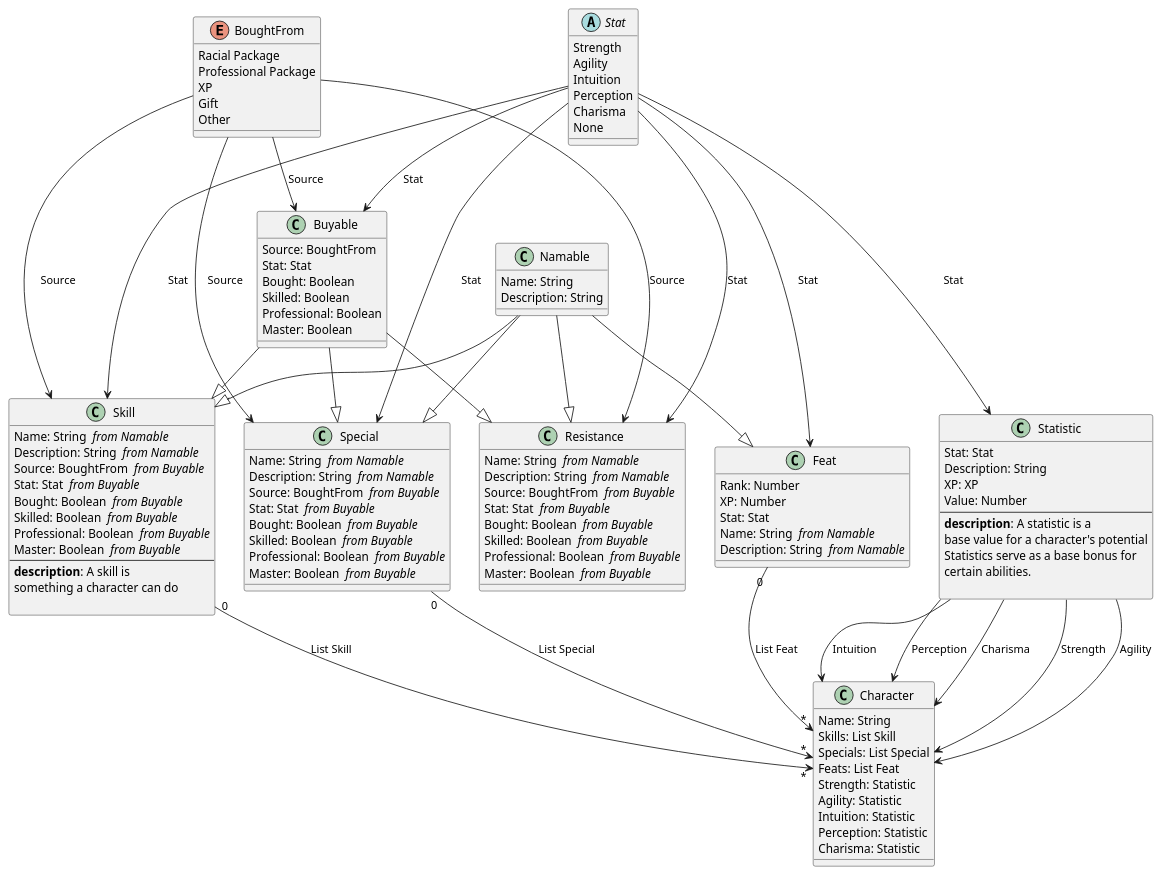
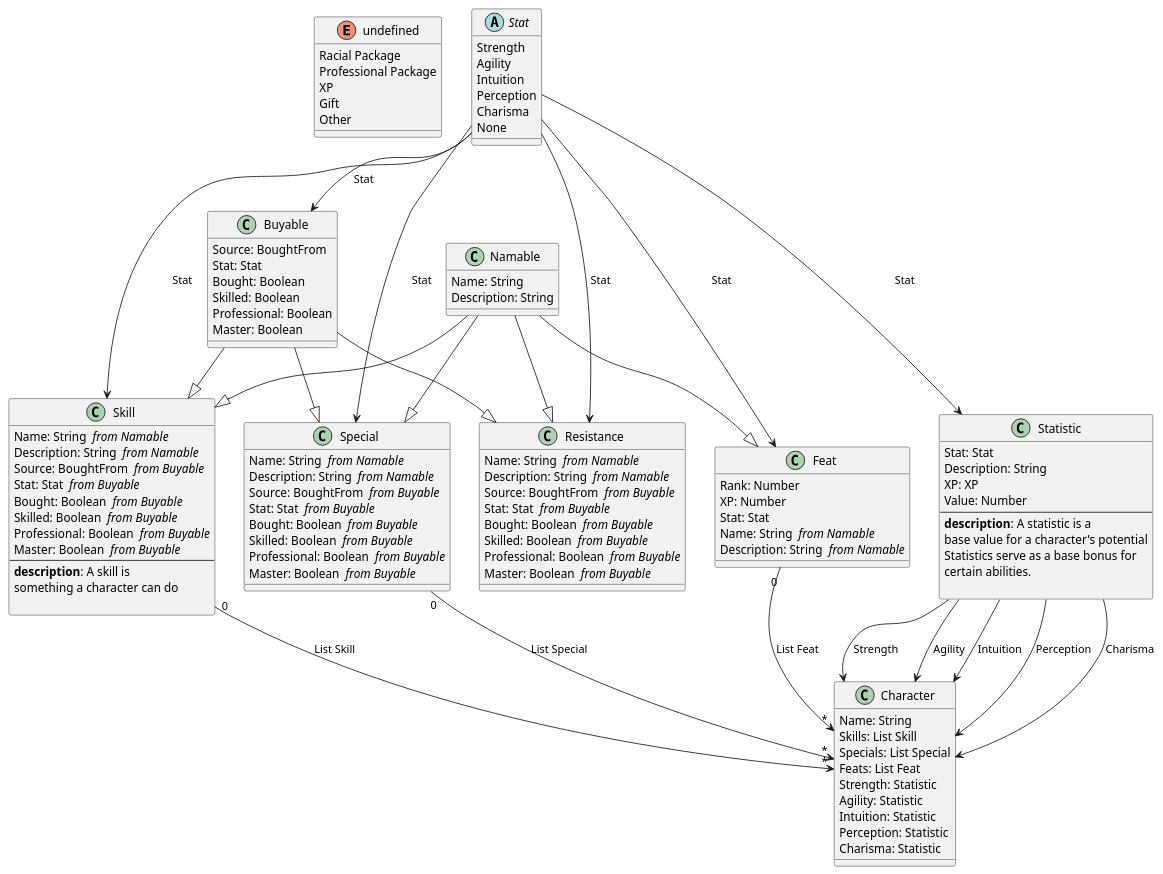
Before and after one commit to Baudin999/car-lang: the diagram in Examples/.out/v0.0.1/Aria/Aria.puml, drawn with PlantUML. The commit also changed 50 other files, not shown here.

Commit message:
Added a few DDD themes like Aggregates to the compiler. Also added flows which should represent ideas like Functions or Service Calls

```diff
--- a/Examples/.out/v0.0.1/Aria/Aria.puml
+++ b/Examples/.out/v0.0.1/Aria/Aria.puml
@@ -1,116 +1,112 @@
-enum BoughtFrom {
+enum undefined {
 	Racial Package
 	Professional Package
 	XP
 	Gift
 	Other
 }
 abstract "Stat" as Stat {
 	Strength 
 	Agility 
 	Intuition 
 	Perception 
 	Charisma 
 	None 
 }
 class "Namable" as Namable  {
 	Name: String 
 	Description: String 
 }
 class "Buyable" as Buyable  {
 	Source: BoughtFrom 
 	Stat: Stat 
 	Bought: Boolean 
 	Skilled: Boolean 
 	Professional: Boolean 
 	Master: Boolean 
 }
-BoughtFrom --> Buyable : Source
 Stat --> Buyable : Stat
 class "Skill " as Skill  {
 	Name: String  <i>from Namable</i>
 	Description: String  <i>from Namable</i>
 	Source: BoughtFrom  <i>from Buyable</i>
 	Stat: Stat  <i>from Buyable</i>
 	Bought: Boolean  <i>from Buyable</i>
 	Skilled: Boolean  <i>from Buyable</i>
 	Professional: Boolean  <i>from Buyable</i>
 	Master: Boolean  <i>from Buyable</i>
 --
   <b>description</b>: A skill is
  something a character can do
     
 }
-BoughtFrom --> Skill : Source
 Stat --> Skill : Stat
 Namable --|> Skill
 Buyable --|> Skill
 class "Resistance " as Resistance  {
 	Name: String  <i>from Namable</i>
 	Description: String  <i>from Namable</i>
 	Source: BoughtFrom  <i>from Buyable</i>
 	Stat: Stat  <i>from Buyable</i>
 	Bought: Boolean  <i>from Buyable</i>
 	Skilled: Boolean  <i>from Buyable</i>
 	Professional: Boolean  <i>from Buyable</i>
 	Master: Boolean  <i>from Buyable</i>
 }
-BoughtFrom --> Resistance : Source
 Stat --> Resistance : Stat
 Namable --|> Resistance
 Buyable --|> Resistance
 class "Special " as Special  {
 	Name: String  <i>from Namable</i>
 	Description: String  <i>from Namable</i>
 	Source: BoughtFrom  <i>from Buyable</i>
 	Stat: Stat  <i>from Buyable</i>
 	Bought: Boolean  <i>from Buyable</i>
 	Skilled: Boolean  <i>from Buyable</i>
 	Professional: Boolean  <i>from Buyable</i>
 	Master: Boolean  <i>from Buyable</i>
 }
-BoughtFrom --> Special : Source
 Stat --> Special : Stat
 Namable --|> Special
 Buyable --|> Special
 class "Feat " as Feat  {
 	Rank: Number 
 	XP: Number 
 	Stat: Stat 
 	Name: String  <i>from Namable</i>
 	Description: String  <i>from Namable</i>
 }
 Stat --> Feat : Stat
 Namable --|> Feat
 class "Statistic" as Statistic  {
 	Stat: Stat 
 	Description: String 
 	XP: XP 
 	Value: Number 
 --
   <b>description</b>: A statistic is a
  base value for a character's potential
  Statistics serve as a base bonus for
  certain abilities.
     
 }
 Stat --> Statistic : Stat
 class "Character" as Character  {
 	Name: String 
 	Skills: List Skill
 	Specials: List Special
 	Feats: List Feat
 	Strength: Statistic 
 	Agility: Statistic 
 	Intuition: Statistic 
 	Perception: Statistic 
 	Charisma: Statistic 
 }
 Statistic --> Character : Strength
 Statistic --> Character : Agility
 Statistic --> Character : Intuition
 Statistic --> Character : Perception
 Statistic --> Character : Charisma
 Skill "0" --> "*" Character : List Skill
 Special "0" --> "*" Character : List Special
 Feat "0" --> "*" Character : List Feat
```
